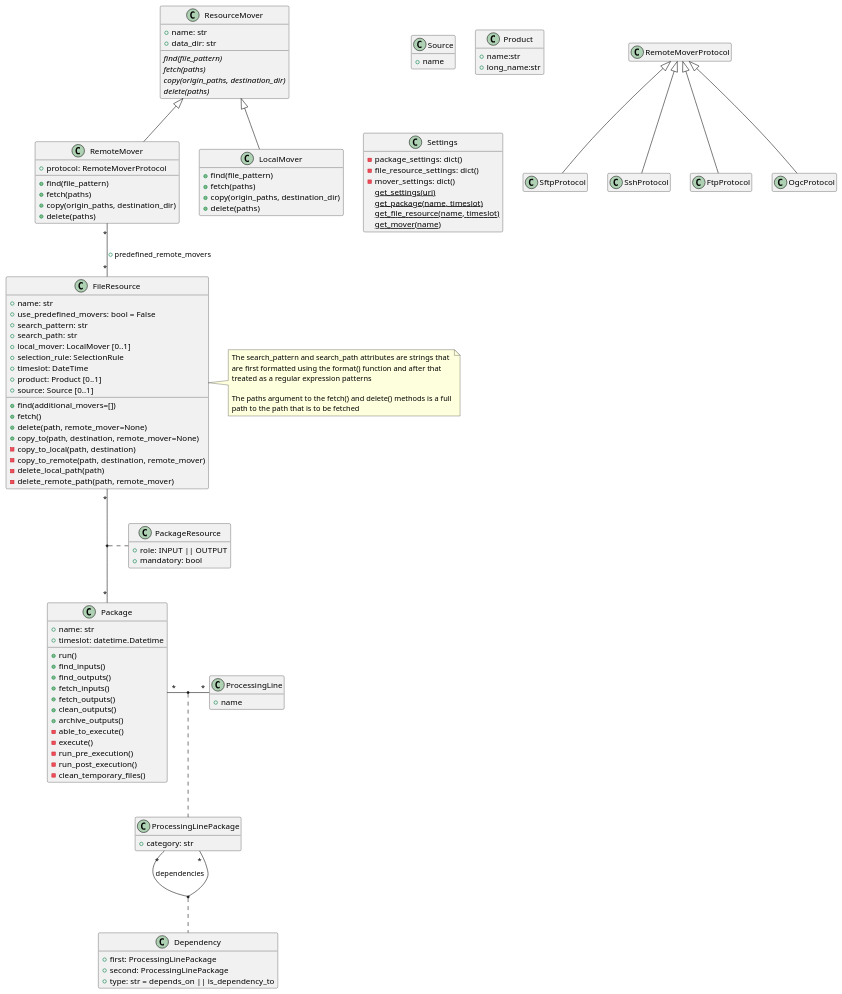
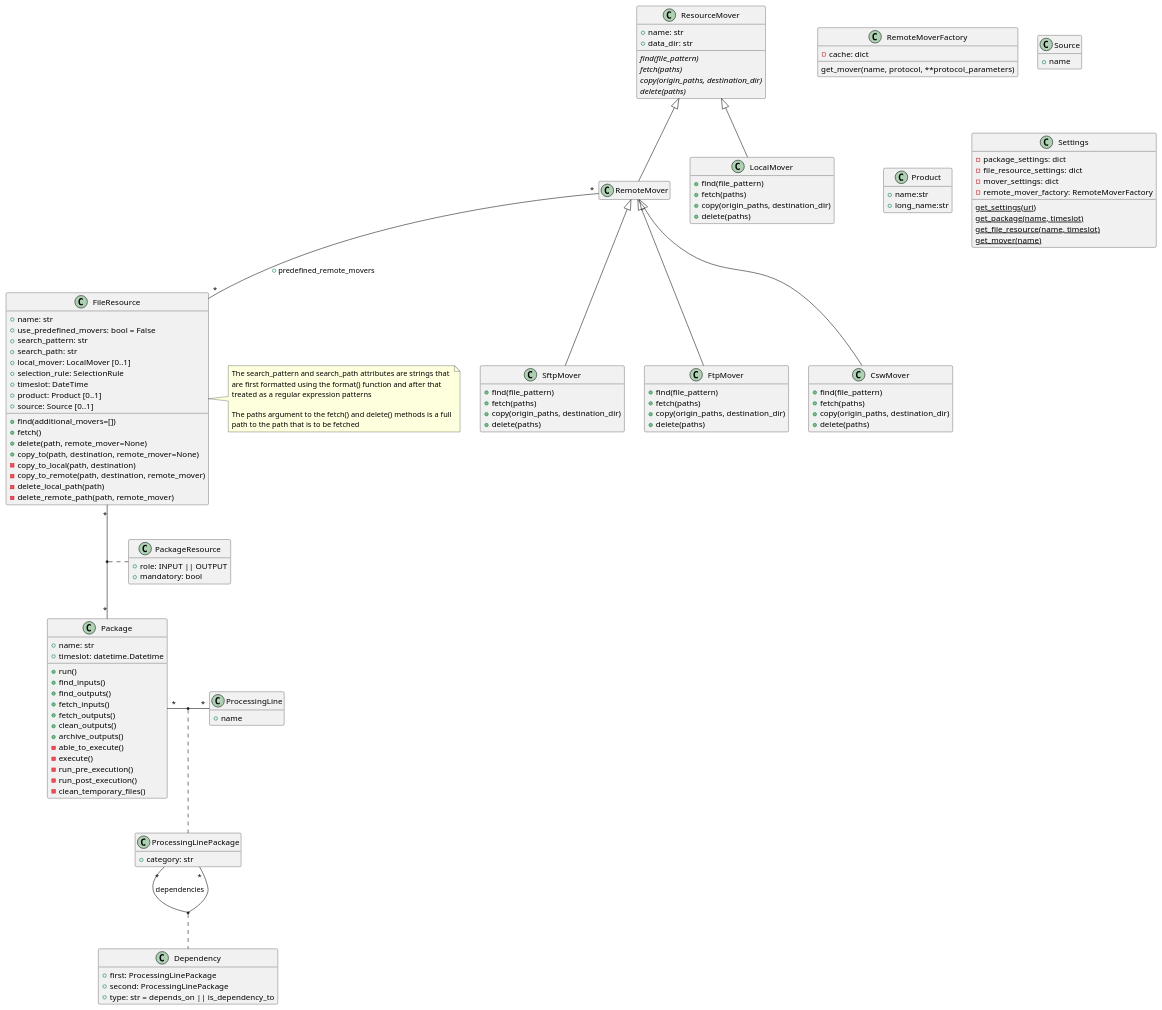
The diagram in diagrams/overview.puml (conductorproject/conductor), drawn with PlantUML before and after one commit. The commit also changed 3 other files, not shown here.

Commit message:
Implementing the FtpMover class and some more planning

```diff
--- a/diagrams/overview.puml
+++ b/diagrams/overview.puml
@@ -1,129 +1,146 @@
 @startuml
 
 hide empty attributes
 hide empty methods
 
-RemoteMoverProtocol <|-- SftpProtocol
-RemoteMoverProtocol <|-- SshProtocol
-RemoteMoverProtocol <|-- FtpProtocol
-RemoteMoverProtocol <|-- OgcProtocol
-
 ResourceMover <|-- LocalMover
 ResourceMover <|-- RemoteMover
+RemoteMover <|-- SftpMover
+RemoteMover <|-- FtpMover
+RemoteMover <|-- CswMover
 FileResource "*" -up- "*" RemoteMover : +predefined_remote_movers
 FileResource "*" -- "*" Package
 (FileResource, Package) .. PackageResource
 Package "*" - "*" ProcessingLine
 (Package, ProcessingLine) .. ProcessingLinePackage
 ProcessingLinePackage "*" -- "*" ProcessingLinePackage : +dependencies
 (ProcessingLinePackage, ProcessingLinePackage) .. Dependency
 
 class ResourceMover {
     +name: str
     +data_dir: str
     {abstract}find(file_pattern)
     {abstract}fetch(paths)
     {abstract}copy(origin_paths, destination_dir)
     {abstract}delete(paths)
 }
 
 class LocalMover {
     +find(file_pattern)
     +fetch(paths)
     +copy(origin_paths, destination_dir)
     +delete(paths)
 }
 
-class RemoteMover {
-    +protocol: RemoteMoverProtocol
+class RemoteMoverFactory {
+    -cache: dict
+    get_mover(name, protocol, **protocol_parameters)
+}
+
+class SftpMover {
+    +find(file_pattern)
+    +fetch(paths)
+    +copy(origin_paths, destination_dir)
+    +delete(paths)
+}
+
+class FtpMover {
+    +find(file_pattern)
+    +fetch(paths)
+    +copy(origin_paths, destination_dir)
+    +delete(paths)
+}
+
+class CswMover {
     +find(file_pattern)
     +fetch(paths)
     +copy(origin_paths, destination_dir)
     +delete(paths)
 }
 
 class Package {
     +name: str
     +timeslot: datetime.Datetime
     +run()
     +find_inputs()
     +find_outputs()
     +fetch_inputs()
     +fetch_outputs()
     +clean_outputs()
     +archive_outputs()
     -able_to_execute()
     -execute()
     -run_pre_execution()
     -run_post_execution()
     -clean_temporary_files()
 }
 
 class PackageResource {
     +role: INPUT || OUTPUT
     +mandatory: bool
 }
 
 class FileResource {
     +name: str
     +use_predefined_movers: bool = False
     +search_pattern: str
     +search_path: str
     +local_mover: LocalMover [0..1]
     +selection_rule: SelectionRule
     +timeslot: DateTime
     +product: Product [0..1]
     +source: Source [0..1]
     +find(additional_movers=[])
     +fetch()
     +delete(path, remote_mover=None)
     +copy_to(path, destination, remote_mover=None)
     -copy_to_local(path, destination)
     -copy_to_remote(path, destination, remote_mover)
     -delete_local_path(path)
     -delete_remote_path(path, remote_mover)
 }
 
 class Source {
     +name
 }
 
 class Product {
     +name:str
     +long_name:str
 }
 
 class ProcessingLine {
     +name
 }
 
 class ProcessingLinePackage {
     +category: str
 }
 
 class Settings {
-    -package_settings: dict()
-    -file_resource_settings: dict()
-    -mover_settings: dict()
+    -package_settings: dict
+    -file_resource_settings: dict
+    -mover_settings: dict
+    -remote_mover_factory: RemoteMoverFactory
     {static} get_settings(uri)
     {static} get_package(name, timeslot)
     {static} get_file_resource(name, timeslot)
     {static} get_mover(name)
 }
 
 class Dependency {
     +first: ProcessingLinePackage
     +second: ProcessingLinePackage
     +type: str = depends_on || is_dependency_to
 }
 
 note right of FileResource
 The search_pattern and search_path attributes are strings that
 are first formatted using the format() function and after that
 treated as a regular expression patterns
 
 The paths argument to the fetch() and delete() methods is a full
 path to the path that is to be fetched
 end note
 
 @enduml
```
